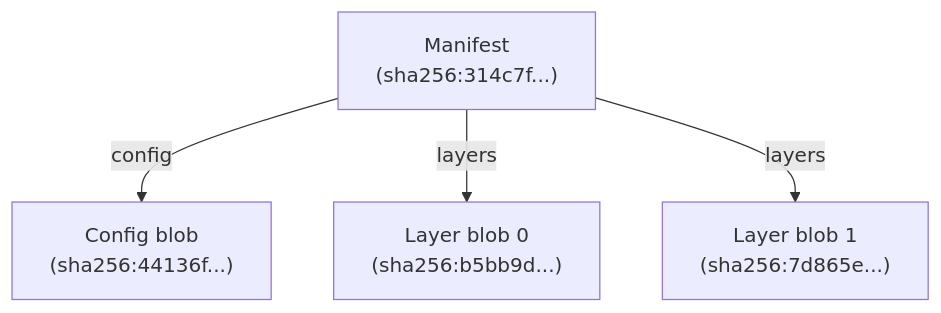
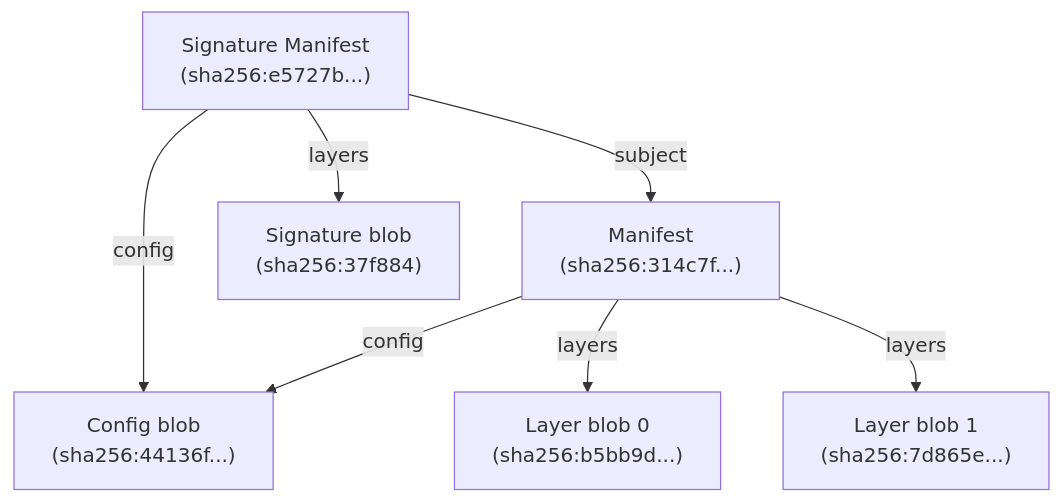
The fifth of 5 diagrams in docs/Targets.md (oras-project/oras-go), drawn with Mermaid before and after one commit. The commit also changed other lines of this file, not shown here.

````diff
--- a/docs/Targets.md
+++ b/docs/Targets.md
@@ -160,8 +160,11 @@
 ```mermaid
 graph TD;
+
+SignatureManifest["Signature Manifest<br>(sha256:e5727b...)"]--subject-->Manifest
+SignatureManifest--config-->Config
+SignatureManifest--layers-->SignatureBlob["Signature blob<br>(sha256:37f884)"]
 
 Manifest["Manifest<br>(sha256:314c7f...)"]--config-->Config["Config blob<br>(sha256:44136f...)"]
 Manifest--layers-->Layer0["Layer blob 0<br>(sha256:b5bb9d...)"]
 Manifest--layers-->Layer1["Layer blob 1<br>(sha256:7d865e...)"]
-
 ```
````
